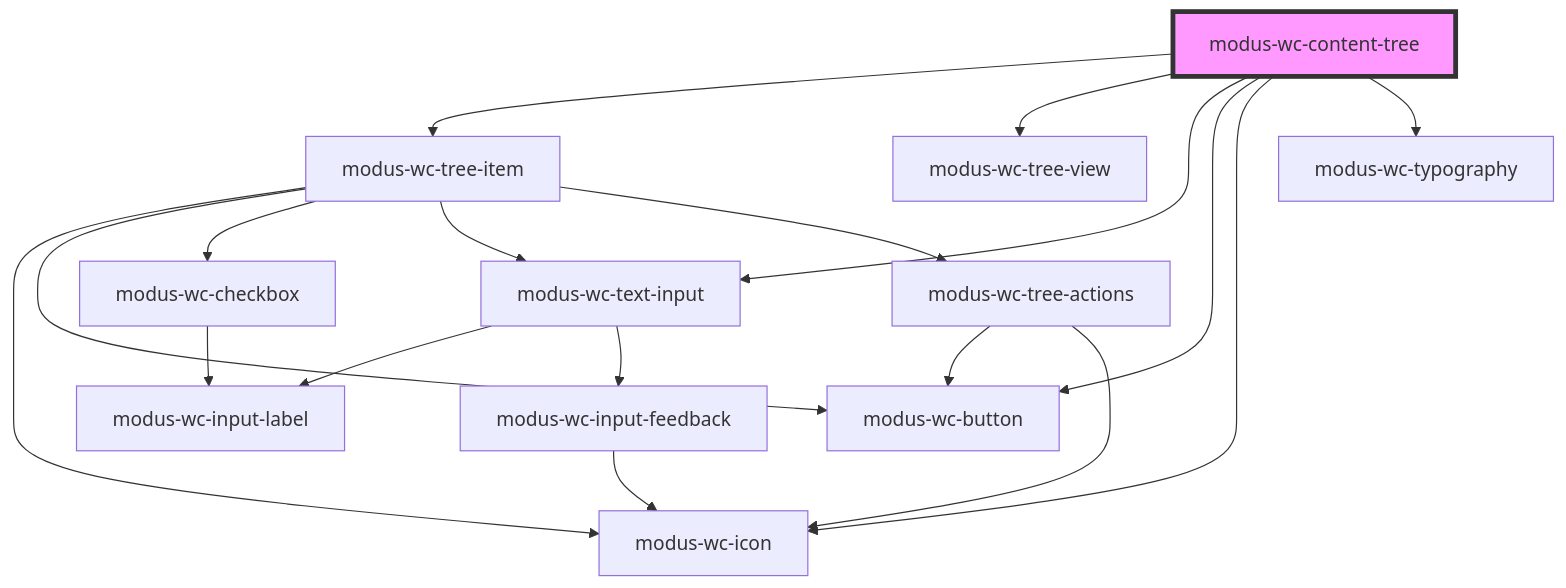
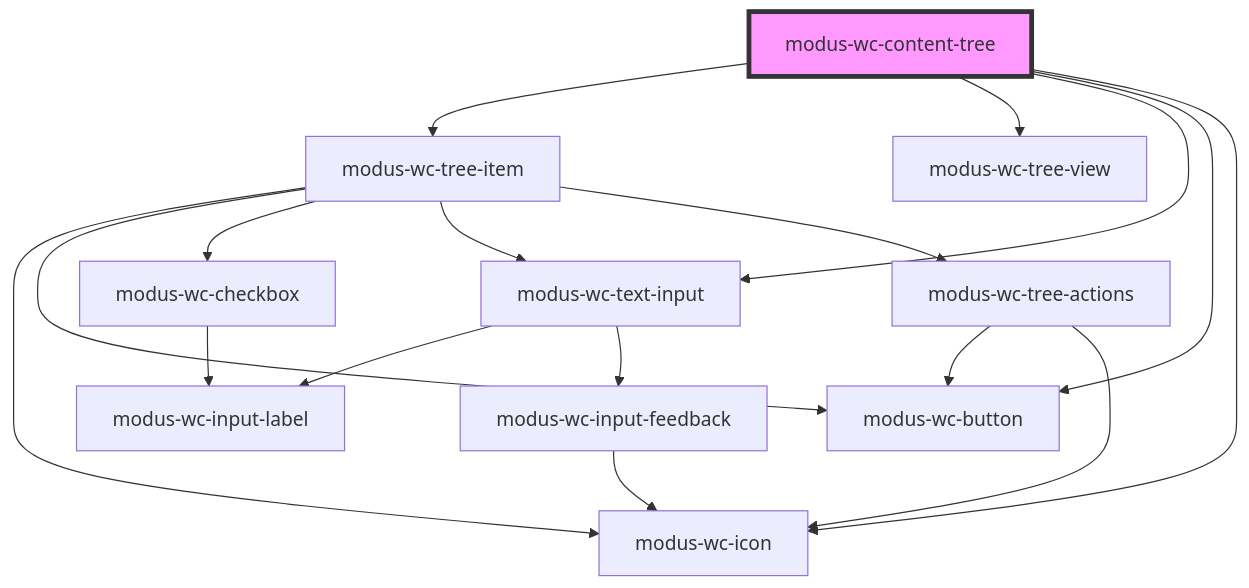
One commit to trimble-oss/modus-wc-2.0 changed the diagram in src/components/modus-wc-content-tree/readme.md. Above: the diagram before and after it, drawn with Mermaid. The commit also changed other lines of this file and 11 other files, not shown here.

````diff
--- a/src/components/modus-wc-content-tree/readme.md
+++ b/src/components/modus-wc-content-tree/readme.md
@@ -43,21 +42,20 @@
 ```mermaid
 graph TD;
   modus-wc-content-tree --> modus-wc-tree-item
   modus-wc-content-tree --> modus-wc-tree-view
   modus-wc-content-tree --> modus-wc-text-input
   modus-wc-content-tree --> modus-wc-button
   modus-wc-content-tree --> modus-wc-icon
-  modus-wc-content-tree --> modus-wc-typography
   modus-wc-tree-item --> modus-wc-icon
   modus-wc-tree-item --> modus-wc-button
   modus-wc-tree-item --> modus-wc-checkbox
   modus-wc-tree-item --> modus-wc-text-input
   modus-wc-tree-item --> modus-wc-tree-actions
   modus-wc-checkbox --> modus-wc-input-label
   modus-wc-text-input --> modus-wc-input-label
   modus-wc-text-input --> modus-wc-input-feedback
   modus-wc-input-feedback --> modus-wc-icon
   modus-wc-tree-actions --> modus-wc-button
   modus-wc-tree-actions --> modus-wc-icon
   style modus-wc-content-tree fill:#f9f,stroke:#333,stroke-width:4px
 ```
````
